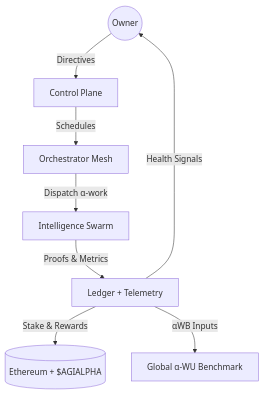
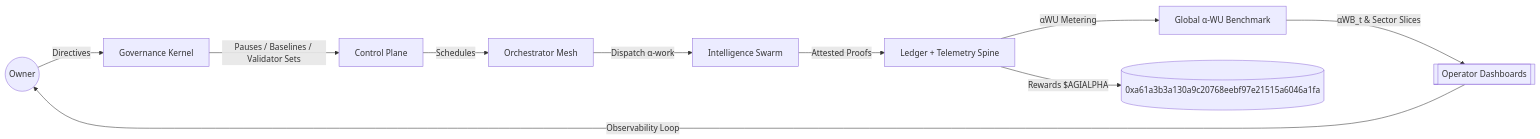
Before and after one commit to MontrealAI/AGI-Alpha-Node-v0: the first of 6 diagrams in README.md, drawn with Mermaid. The commit also changed other lines of this file and 2 other files, not shown here.

Commit message:
Refresh README and benchmark specification

````diff
--- a/README.md
+++ b/README.md
@@ -33,10 +31,12 @@
 ```mermaid
-flowchart TD
-  Owner((Owner)) -->|Directives| ControlPlane[Control Plane]
+flowchart LR
+  Owner((Owner)) -->|Directives| Governance[Governance Kernel]
+  Governance -->|Pauses / Baselines / Validator Sets| ControlPlane[Control Plane]
   ControlPlane -->|Schedules| OrchestratorMesh[Orchestrator Mesh]
   OrchestratorMesh -->|Dispatch α‑work| IntelligenceSwarm[Intelligence Swarm]
-  IntelligenceSwarm -->|Proofs & Metrics| LedgerTelemetry[Ledger + Telemetry]
-  LedgerTelemetry -->|Stake & Rewards| Ethereum[(Ethereum + $AGIALPHA)]
-  LedgerTelemetry -->|Health Signals| Owner
-  LedgerTelemetry -->|αWB Inputs| AlphaWB[Global α‑WU Benchmark]
+  IntelligenceSwarm -->|Attested Proofs| LedgerTelemetry[Ledger + Telemetry Spine]
+  LedgerTelemetry -->|αWU Metering| AlphaWB[Global α‑WU Benchmark]
+  LedgerTelemetry -->|Rewards $AGIALPHA| Treasury[(0xa61a3b3a130a9c20768eebf97e21515a6046a1fa)]
+  AlphaWB -->|αWB_t & Sector Slices| Dashboards[[Operator Dashboards]]
+  Dashboards -->|Observability Loop| Owner
 ```
````
